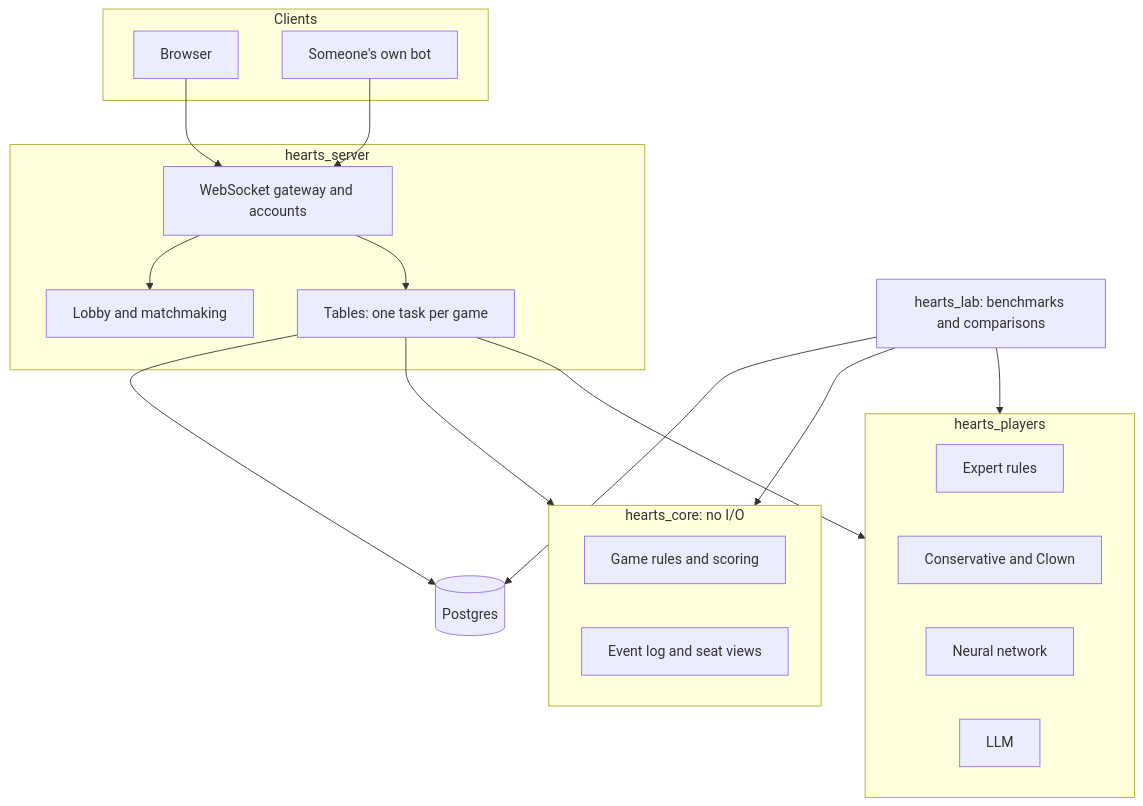
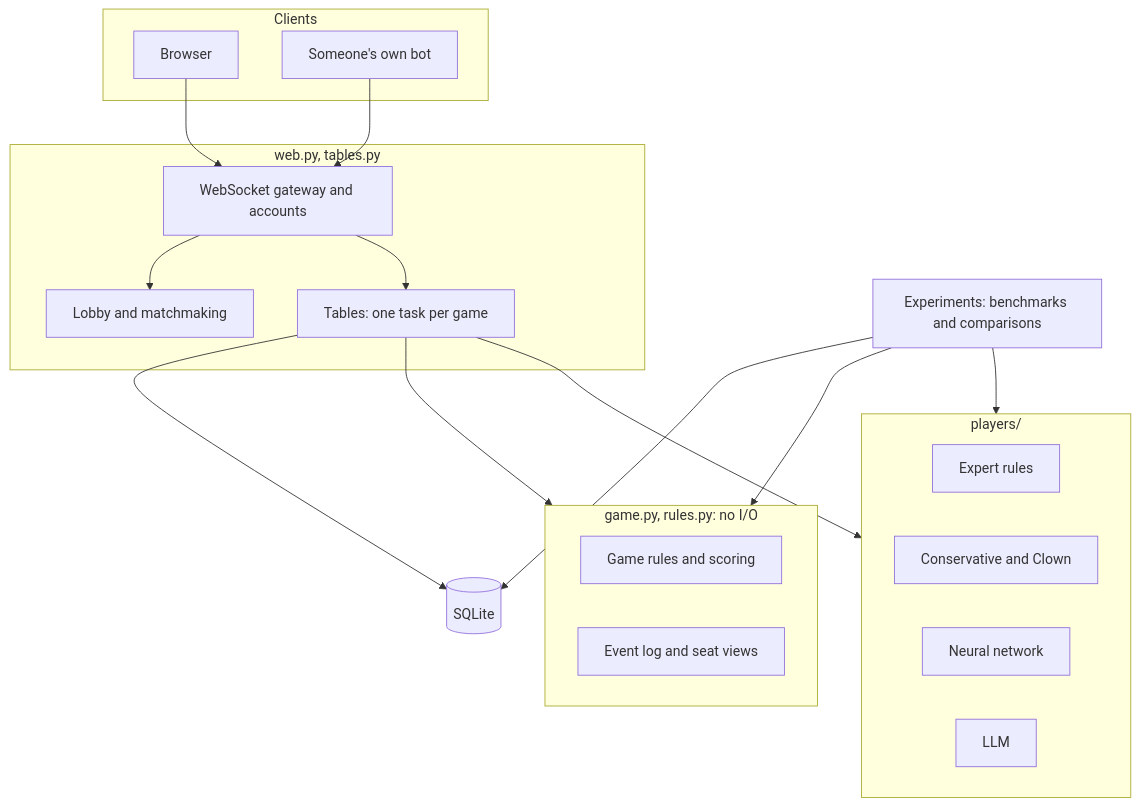
One commit to athena-ceo/hearts changed the diagram in docs/design/python-platform.md. Above: the diagram before and after it, drawn with Mermaid. The commit also changed other lines of this file and 122 other files, not shown here.

````diff
--- a/docs/design/python-platform.md
+++ b/docs/design/python-platform.md
@@ -30,34 +30,34 @@
 ```mermaid
 flowchart TB
   subgraph clients [Clients]
     web[Browser]
     bot[Someone's own bot]
   end
-  subgraph server [hearts_server]
+  subgraph server [web.py, tables.py]
     gateway[WebSocket gateway and accounts]
     lobby[Lobby and matchmaking]
     tables[Tables: one task per game]
   end
-  subgraph core [hearts_core: no I/O]
+  subgraph core [game.py, rules.py: no I/O]
     rules[Game rules and scoring]
     events[Event log and seat views]
   end
-  subgraph players [hearts_players]
+  subgraph players [players/]
     expert[Expert rules]
     conservative[Conservative and Clown]
     network[Neural network]
     llm[LLM]
   end
-  lab[hearts_lab: benchmarks and comparisons]
-  db[(Postgres)]
+  lab[Experiments: benchmarks and comparisons]
+  db[(SQLite)]
   web --> gateway
   bot --> gateway
   gateway --> lobby
   gateway --> tables
   tables --> core
   tables --> players
   tables --> db
   lab --> core
   lab --> players
   lab --> db
 ```
````
